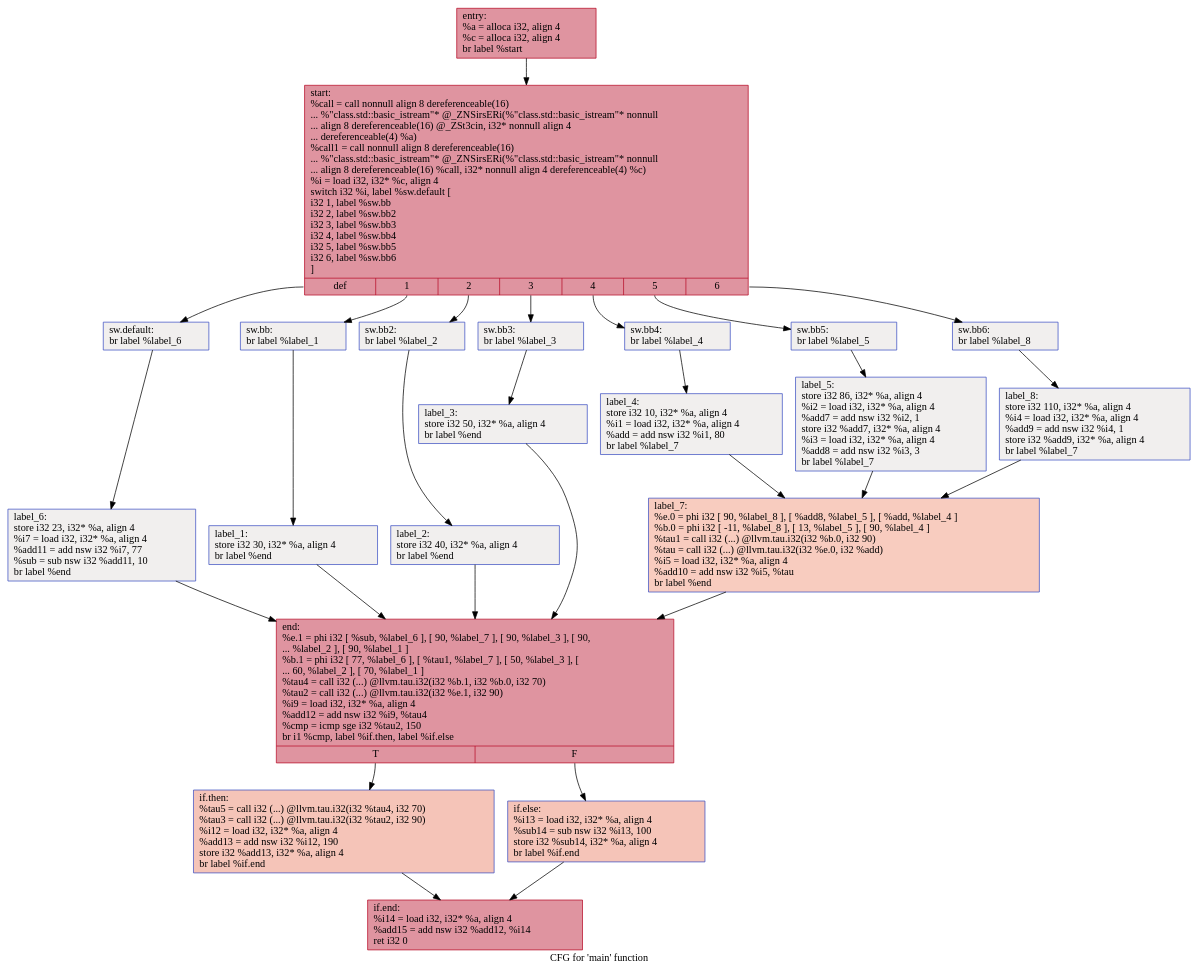
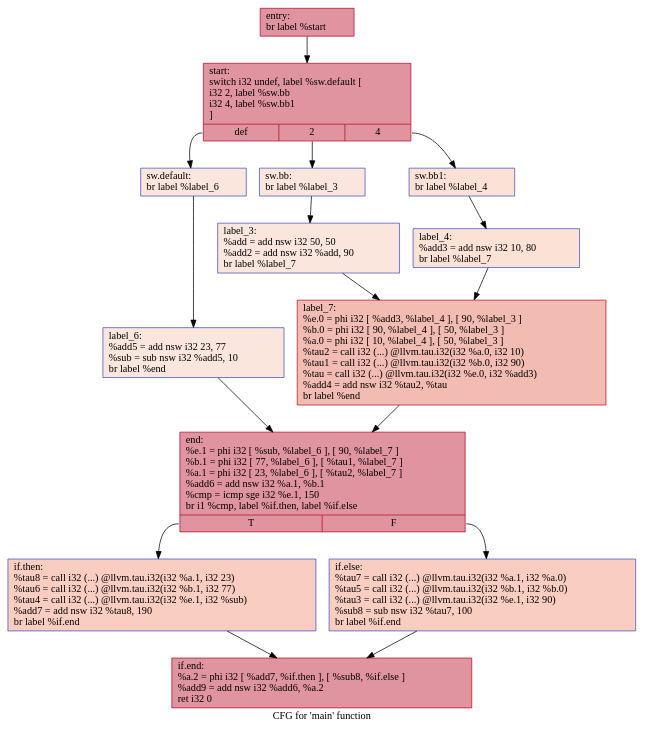
Before and after one commit to HPSSA-LLVM/HPSSA-LLVM: the diagram in IR/cfg/afterHPSSA.dot, drawn with Graphviz. The commit also changed 67 other files, not shown here.

```diff
--- a/IR/cfg/afterHPSSA.dot
+++ b/IR/cfg/afterHPSSA.dot
@@ -1,52 +1,32 @@
 digraph "CFG for 'main' function" {
 	label="CFG for 'main' function";
 
-	Node0x5627f367e760 [shape=record,color="#b70d28ff", style=filled, fillcolor="#b70d2870",label="{entry:\l  %a = alloca i32, align 4\l  %c = alloca i32, align 4\l  br label %start\l}"];
-	Node0x5627f367e760 -> Node0x5627f367e9b0;
-	Node0x5627f367e9b0 [shape=record,color="#b70d28ff", style=filled, fillcolor="#b70d2870",label="{start:                                            \l  %call = call nonnull align 8 dereferenceable(16)\l... %\"class.std::basic_istream\"* @_ZNSirsERi(%\"class.std::basic_istream\"* nonnull\l... align 8 dereferenceable(16) @_ZSt3cin, i32* nonnull align 4\l... dereferenceable(4) %a)\l  %call1 = call nonnull align 8 dereferenceable(16)\l... %\"class.std::basic_istream\"* @_ZNSirsERi(%\"class.std::basic_istream\"* nonnull\l... align 8 dereferenceable(16) %call, i32* nonnull align 4 dereferenceable(4) %c)\l  %i = load i32, i32* %c, align 4\l  switch i32 %i, label %sw.default [\l    i32 1, label %sw.bb\l    i32 2, label %sw.bb2\l    i32 3, label %sw.bb3\l    i32 4, label %sw.bb4\l    i32 5, label %sw.bb5\l    i32 6, label %sw.bb6\l  ]\l|{<s0>def|<s1>1|<s2>2|<s3>3|<s4>4|<s5>5|<s6>6}}"];
-	Node0x5627f367e9b0:s0 -> Node0x5627f367ee40;
-	Node0x5627f367e9b0:s1 -> Node0x5627f367ef20;
-	Node0x5627f367e9b0:s2 -> Node0x5627f367f020;
-	Node0x5627f367e9b0:s3 -> Node0x5627f367f120;
-	Node0x5627f367e9b0:s4 -> Node0x5627f367f220;
-	Node0x5627f367e9b0:s5 -> Node0x5627f367f320;
-	Node0x5627f367e9b0:s6 -> Node0x5627f367f5c0;
-	Node0x5627f367ef20 [shape=record,color="#3d50c3ff", style=filled, fillcolor="#e0dbd870",label="{sw.bb:                                            \l  br label %label_1\l}"];
-	Node0x5627f367ef20 -> Node0x5627f367f8b0;
-	Node0x5627f367f020 [shape=record,color="#3d50c3ff", style=filled, fillcolor="#e0dbd870",label="{sw.bb2:                                           \l  br label %label_2\l}"];
-	Node0x5627f367f020 -> Node0x5627f367f990;
-	Node0x5627f367f120 [shape=record,color="#3d50c3ff", style=filled, fillcolor="#e0dbd870",label="{sw.bb3:                                           \l  br label %label_3\l}"];
-	Node0x5627f367f120 -> Node0x5627f367fa70;
-	Node0x5627f367f220 [shape=record,color="#3d50c3ff", style=filled, fillcolor="#e0dbd870",label="{sw.bb4:                                           \l  br label %label_4\l}"];
-	Node0x5627f367f220 -> Node0x5627f367fb50;
-	Node0x5627f367f320 [shape=record,color="#3d50c3ff", style=filled, fillcolor="#e0dbd870",label="{sw.bb5:                                           \l  br label %label_5\l}"];
-	Node0x5627f367f320 -> Node0x5627f367fc30;
-	Node0x5627f367f5c0 [shape=record,color="#3d50c3ff", style=filled, fillcolor="#e0dbd870",label="{sw.bb6:                                           \l  br label %label_8\l}"];
-	Node0x5627f367f5c0 -> Node0x5627f367fd10;
-	Node0x5627f367ee40 [shape=record,color="#3d50c3ff", style=filled, fillcolor="#e0dbd870",label="{sw.default:                                       \l  br label %label_6\l}"];
-	Node0x5627f367ee40 -> Node0x5627f367fdf0;
-	Node0x5627f367f8b0 [shape=record,color="#3d50c3ff", style=filled, fillcolor="#e0dbd870",label="{label_1:                                          \l  store i32 30, i32* %a, align 4\l  br label %end\l}"];
-	Node0x5627f367f8b0 -> Node0x5627f367ff90;
-	Node0x5627f367f990 [shape=record,color="#3d50c3ff", style=filled, fillcolor="#e0dbd870",label="{label_2:                                          \l  store i32 40, i32* %a, align 4\l  br label %end\l}"];
-	Node0x5627f367f990 -> Node0x5627f367ff90;
-	Node0x5627f367fa70 [shape=record,color="#3d50c3ff", style=filled, fillcolor="#e0dbd870",label="{label_3:                                          \l  store i32 50, i32* %a, align 4\l  br label %end\l}"];
-	Node0x5627f367fa70 -> Node0x5627f367ff90;
-	Node0x5627f367fb50 [shape=record,color="#3d50c3ff", style=filled, fillcolor="#e0dbd870",label="{label_4:                                          \l  store i32 10, i32* %a, align 4\l  %i1 = load i32, i32* %a, align 4\l  %add = add nsw i32 %i1, 80\l  br label %label_7\l}"];
-	Node0x5627f367fb50 -> Node0x5627f3680500;
-	Node0x5627f367fc30 [shape=record,color="#3d50c3ff", style=filled, fillcolor="#e0dbd870",label="{label_5:                                          \l  store i32 86, i32* %a, align 4\l  %i2 = load i32, i32* %a, align 4\l  %add7 = add nsw i32 %i2, 1\l  store i32 %add7, i32* %a, align 4\l  %i3 = load i32, i32* %a, align 4\l  %add8 = add nsw i32 %i3, 3\l  br label %label_7\l}"];
-	Node0x5627f367fc30 -> Node0x5627f3680500;
-	Node0x5627f367fd10 [shape=record,color="#3d50c3ff", style=filled, fillcolor="#e0dbd870",label="{label_8:                                          \l  store i32 110, i32* %a, align 4\l  %i4 = load i32, i32* %a, align 4\l  %add9 = add nsw i32 %i4, 1\l  store i32 %add9, i32* %a, align 4\l  br label %label_7\l}"];
-	Node0x5627f367fd10 -> Node0x5627f3680500;
-	Node0x5627f3680500 [shape=record,color="#3d50c3ff", style=filled, fillcolor="#f08b6e70",label="{label_7:                                          \l  %e.0 = phi i32 [ 90, %label_8 ], [ %add8, %label_5 ], [ %add, %label_4 ]\l  %b.0 = phi i32 [ -11, %label_8 ], [ 13, %label_5 ], [ 90, %label_4 ]\l  %tau1 = call i32 (...) @llvm.tau.i32(i32 %b.0, i32 90)\l  %tau = call i32 (...) @llvm.tau.i32(i32 %e.0, i32 %add)\l  %i5 = load i32, i32* %a, align 4\l  %add10 = add nsw i32 %i5, %tau\l  br label %end\l}"];
-	Node0x5627f3680500 -> Node0x5627f367ff90;
-	Node0x5627f367fdf0 [shape=record,color="#3d50c3ff", style=filled, fillcolor="#e0dbd870",label="{label_6:                                          \l  store i32 23, i32* %a, align 4\l  %i7 = load i32, i32* %a, align 4\l  %add11 = add nsw i32 %i7, 77\l  %sub = sub nsw i32 %add11, 10\l  br label %end\l}"];
-	Node0x5627f367fdf0 -> Node0x5627f367ff90;
-	Node0x5627f367ff90 [shape=record,color="#b70d28ff", style=filled, fillcolor="#b70d2870",label="{end:                                              \l  %e.1 = phi i32 [ %sub, %label_6 ], [ 90, %label_7 ], [ 90, %label_3 ], [ 90,\l... %label_2 ], [ 90, %label_1 ]\l  %b.1 = phi i32 [ 77, %label_6 ], [ %tau1, %label_7 ], [ 50, %label_3 ], [\l... 60, %label_2 ], [ 70, %label_1 ]\l  %tau4 = call i32 (...) @llvm.tau.i32(i32 %b.1, i32 %b.0, i32 70)\l  %tau2 = call i32 (...) @llvm.tau.i32(i32 %e.1, i32 90)\l  %i9 = load i32, i32* %a, align 4\l  %add12 = add nsw i32 %i9, %tau4\l  %cmp = icmp sge i32 %tau2, 150\l  br i1 %cmp, label %if.then, label %if.else\l|{<s0>T|<s1>F}}"];
-	Node0x5627f367ff90:s0 -> Node0x5627f3682980;
-	Node0x5627f367ff90:s1 -> Node0x5627f36829f0;
-	Node0x5627f3682980 [shape=record,color="#3d50c3ff", style=filled, fillcolor="#e97a5f70",label="{if.then:                                          \l  %tau5 = call i32 (...) @llvm.tau.i32(i32 %tau4, i32 70)\l  %tau3 = call i32 (...) @llvm.tau.i32(i32 %tau2, i32 90)\l  %i12 = load i32, i32* %a, align 4\l  %add13 = add nsw i32 %i12, 190\l  store i32 %add13, i32* %a, align 4\l  br label %if.end\l}"];
-	Node0x5627f3682980 -> Node0x5627f3683590;
-	Node0x5627f36829f0 [shape=record,color="#3d50c3ff", style=filled, fillcolor="#e97a5f70",label="{if.else:                                          \l  %i13 = load i32, i32* %a, align 4\l  %sub14 = sub nsw i32 %i13, 100\l  store i32 %sub14, i32* %a, align 4\l  br label %if.end\l}"];
-	Node0x5627f36829f0 -> Node0x5627f3683590;
-	Node0x5627f3683590 [shape=record,color="#b70d28ff", style=filled, fillcolor="#b70d2870",label="{if.end:                                           \l  %i14 = load i32, i32* %a, align 4\l  %add15 = add nsw i32 %add12, %i14\l  ret i32 0\l}"];
+	Node0x558de6902cd0 [shape=record,color="#b70d28ff", style=filled, fillcolor="#b70d2870",label="{entry:\l  br label %start\l}"];
+	Node0x558de6902cd0 -> Node0x558de6902e00;
+	Node0x558de6902e00 [shape=record,color="#b70d28ff", style=filled, fillcolor="#b70d2870",label="{start:                                            \l  switch i32 undef, label %sw.default [\l    i32 2, label %sw.bb\l    i32 4, label %sw.bb1\l  ]\l|{<s0>def|<s1>2|<s2>4}}"];
+	Node0x558de6902e00:s0 -> Node0x558de6903310;
+	Node0x558de6902e00:s1 -> Node0x558de6903390;
+	Node0x558de6902e00:s2 -> Node0x558de6903430;
+	Node0x558de6903390 [shape=record,color="#3d50c3ff", style=filled, fillcolor="#f3c7b170",label="{sw.bb:                                            \l  br label %label_3\l}"];
+	Node0x558de6903390 -> Node0x558de69035c0;
+	Node0x558de6903430 [shape=record,color="#3d50c3ff", style=filled, fillcolor="#f7bca170",label="{sw.bb1:                                           \l  br label %label_4\l}"];
+	Node0x558de6903430 -> Node0x558de69036a0;
+	Node0x558de6903310 [shape=record,color="#3d50c3ff", style=filled, fillcolor="#f3c7b170",label="{sw.default:                                       \l  br label %label_6\l}"];
+	Node0x558de6903310 -> Node0x558de6903780;
+	Node0x558de69035c0 [shape=record,color="#3d50c3ff", style=filled, fillcolor="#f3c7b170",label="{label_3:                                          \l  %add = add nsw i32 50, 50\l  %add2 = add nsw i32 %add, 90\l  br label %label_7\l}"];
+	Node0x558de69035c0 -> Node0x558de6903a20;
+	Node0x558de69036a0 [shape=record,color="#3d50c3ff", style=filled, fillcolor="#f7bca170",label="{label_4:                                          \l  %add3 = add nsw i32 10, 80\l  br label %label_7\l}"];
+	Node0x558de69036a0 -> Node0x558de6903a20;
+	Node0x558de6903a20 [shape=record,color="#b70d28ff", style=filled, fillcolor="#e1675170",label="{label_7:                                          \l  %e.0 = phi i32 [ %add3, %label_4 ], [ 90, %label_3 ]\l  %b.0 = phi i32 [ 90, %label_4 ], [ 50, %label_3 ]\l  %a.0 = phi i32 [ 10, %label_4 ], [ 50, %label_3 ]\l  %tau2 = call i32 (...) @llvm.tau.i32(i32 %a.0, i32 10)\l  %tau1 = call i32 (...) @llvm.tau.i32(i32 %b.0, i32 90)\l  %tau = call i32 (...) @llvm.tau.i32(i32 %e.0, i32 %add3)\l  %add4 = add nsw i32 %tau2, %tau\l  br label %end\l}"];
+	Node0x558de6903a20 -> Node0x558de6904530;
+	Node0x558de6903780 [shape=record,color="#3d50c3ff", style=filled, fillcolor="#f3c7b170",label="{label_6:                                          \l  %add5 = add nsw i32 23, 77\l  %sub = sub nsw i32 %add5, 10\l  br label %end\l}"];
+	Node0x558de6903780 -> Node0x558de6904530;
+	Node0x558de6904530 [shape=record,color="#b70d28ff", style=filled, fillcolor="#b70d2870",label="{end:                                              \l  %e.1 = phi i32 [ %sub, %label_6 ], [ 90, %label_7 ]\l  %b.1 = phi i32 [ 77, %label_6 ], [ %tau1, %label_7 ]\l  %a.1 = phi i32 [ 23, %label_6 ], [ %tau2, %label_7 ]\l  %add6 = add nsw i32 %a.1, %b.1\l  %cmp = icmp sge i32 %e.1, 150\l  br i1 %cmp, label %if.then, label %if.else\l|{<s0>T|<s1>F}}"];
+	Node0x558de6904530:s0 -> Node0x558de6904f00;
+	Node0x558de6904530:s1 -> Node0x558de6904fd0;
+	Node0x558de6904f00 [shape=record,color="#3d50c3ff", style=filled, fillcolor="#f2907270",label="{if.then:                                          \l  %tau8 = call i32 (...) @llvm.tau.i32(i32 %a.1, i32 23)\l  %tau6 = call i32 (...) @llvm.tau.i32(i32 %b.1, i32 77)\l  %tau4 = call i32 (...) @llvm.tau.i32(i32 %e.1, i32 %sub)\l  %add7 = add nsw i32 %tau8, 190\l  br label %if.end\l}"];
+	Node0x558de6904f00 -> Node0x558de69055c0;
+	Node0x558de6904fd0 [shape=record,color="#3d50c3ff", style=filled, fillcolor="#f2907270",label="{if.else:                                          \l  %tau7 = call i32 (...) @llvm.tau.i32(i32 %a.1, i32 %a.0)\l  %tau5 = call i32 (...) @llvm.tau.i32(i32 %b.1, i32 %b.0)\l  %tau3 = call i32 (...) @llvm.tau.i32(i32 %e.1, i32 90)\l  %sub8 = sub nsw i32 %tau7, 100\l  br label %if.end\l}"];
+	Node0x558de6904fd0 -> Node0x558de69055c0;
+	Node0x558de69055c0 [shape=record,color="#b70d28ff", style=filled, fillcolor="#b70d2870",label="{if.end:                                           \l  %a.2 = phi i32 [ %add7, %if.then ], [ %sub8, %if.else ]\l  %add9 = add nsw i32 %add6, %a.2\l  ret i32 0\l}"];
 }
```
